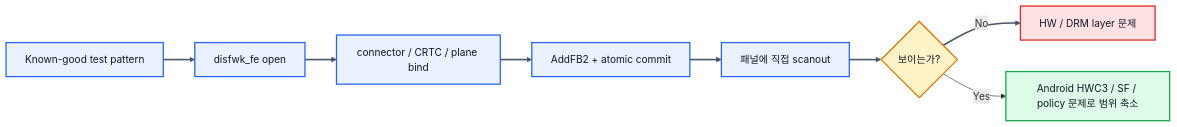
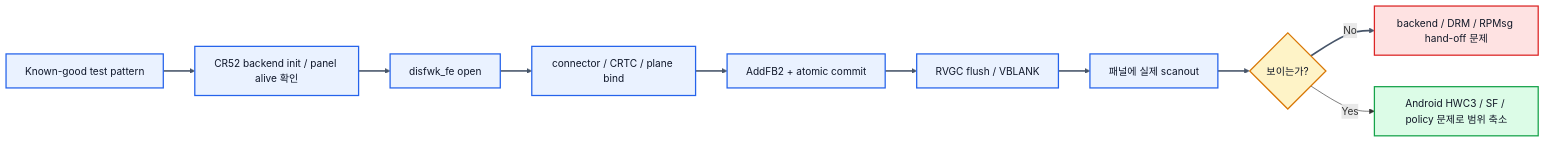
The diagram in assets/mermaid/r-company/x5h-day59-diagram-04.mmd (jaeha-lee90/jaeha-lee90.github.io), drawn with Mermaid before and after one commit. The commit also changed 8 other files, not shown here.

Commit message:
Refine X5H Day59 display ownership and debug flow

```diff
--- a/assets/mermaid/r-company/x5h-day59-diagram-04.mmd
+++ b/assets/mermaid/r-company/x5h-day59-diagram-04.mmd
@@ -1,15 +1,15 @@
 flowchart LR
-    T0["Known-good test pattern"] --> T1["disfwk_fe open"] --> T2["connector / CRTC / plane bind"] --> T3["AddFB2 + atomic commit"] --> T4["패널에 직접 scanout"]
-    T4 --> T5{"보이는가?"}
-    T5 -- "No" --> T6["HW / DRM layer 문제"]
-    T5 -- "Yes" --> T7["Android HWC3 / SF / policy 문제로 범위 축소"]
+    T0["Known-good test pattern"] --> T1["CR52 backend init / panel alive 확인"] --> T2["disfwk_fe open"] --> T3["connector / CRTC / plane bind"] --> T4["AddFB2 + atomic commit"] --> T5["RVGC flush / VBLANK"] --> T6["패널에 실제 scanout"]
+    T6 --> Q{"보이는가?"}
+    Q -- "No" --> B["backend / DRM / RPMsg hand-off 문제"]
+    Q -- "Yes" --> G["Android HWC3 / SF / policy 문제로 범위 축소"]
 
     classDef main fill:#EAF2FF,stroke:#2563EB,stroke-width:2px,color:#0F172A;
     classDef decision fill:#FEF3C7,stroke:#D97706,stroke-width:2px,color:#111827;
     classDef bad fill:#FEE2E2,stroke:#DC2626,stroke-width:2px,color:#111827;
     classDef good fill:#DCFCE7,stroke:#16A34A,stroke-width:2px,color:#111827;
-    class T0,T1,T2,T3,T4 main;
-    class T5 decision;
-    class T6 bad;
-    class T7 good;
-    linkStyle 0,1,2,3,4,5 stroke:#475569,stroke-width:2.5px;
+    class T0,T1,T2,T3,T4,T5,T6 main;
+    class Q decision;
+    class B bad;
+    class G good;
+    linkStyle 0,1,2,3,4,5,6,7 stroke:#475569,stroke-width:2.5px;
```
